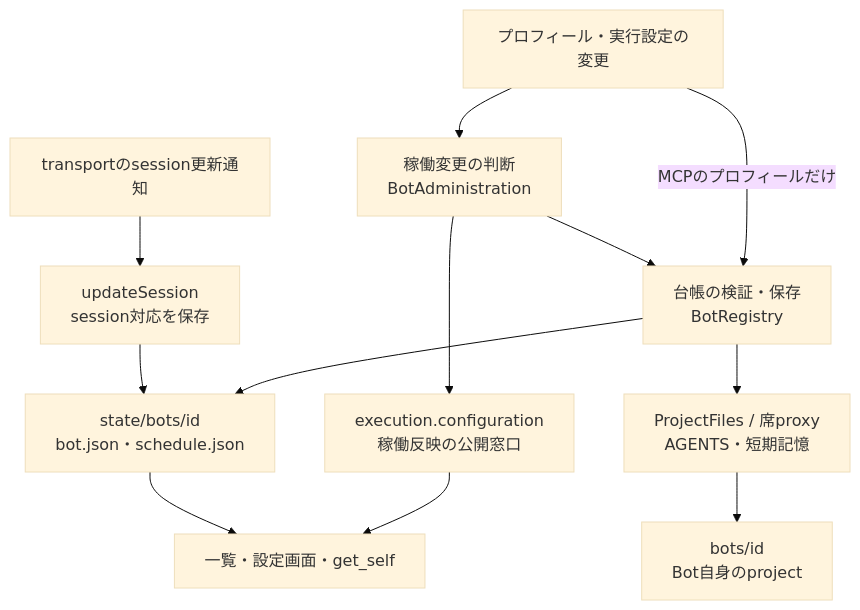
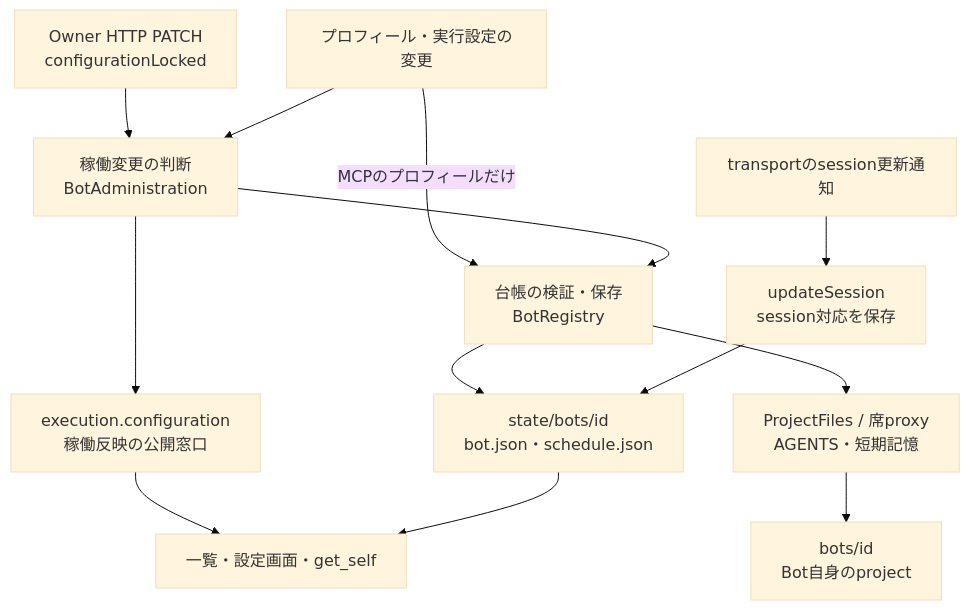
The diagram in docs/architecture/modules/members/registry.md (kitepon/BellTeam), drawn with Mermaid (base theme) before and after one commit. The commit also changed other lines of this file and 6 other files, not shown here.

First line of the commit message:
members: per-Bot configurationLocked flag, Owner HTTP only (a311)

````diff
--- a/docs/architecture/modules/members/registry.md
+++ b/docs/architecture/modules/members/registry.md
@@ -7,14 +7,15 @@
 ```mermaid
 flowchart TB
+  Owner["Owner HTTP PATCH<br/>configurationLocked"] --> Admin
   Edit["プロフィール・実行設定の変更"] --> Admin["稼働変更の判断<br/>BotAdministration"]
   Edit -->|"MCPのプロフィールだけ"| Registry["台帳の検証・保存<br/>BotRegistry"]
   Admin --> Registry
   Registry --> State["state/bots/id<br/>bot.json・schedule.json"]
   Registry --> Files["ProjectFiles / 席proxy<br/>AGENTS・短期記憶"]
   Files --> Project["bots/id<br/>Bot自身のproject"]
   Admin --> Apply["execution.configuration<br/>稼働反映の公開窓口"]
   Apply --> View["一覧・設定画面・get_self"]
   State --> View
   Native["transportのsession更新通知"] --> Session["updateSession<br/>session対応を保存"]
   Session --> State
 ```
````
